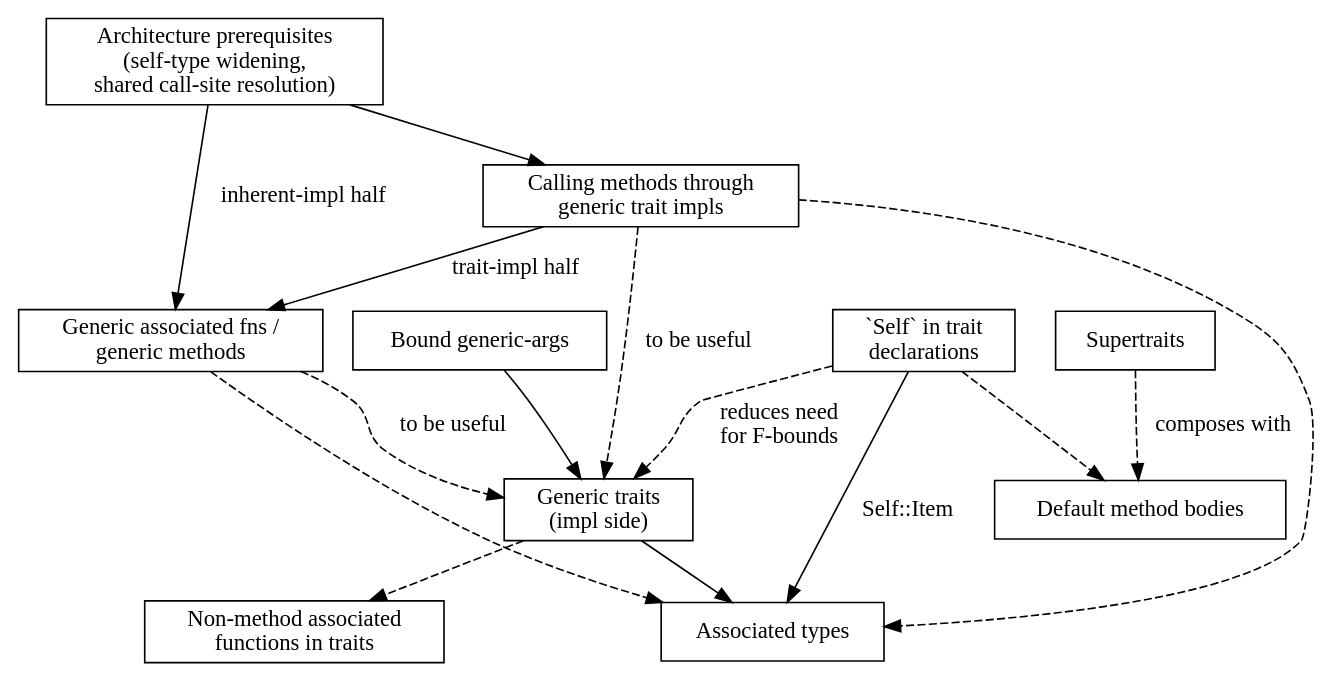
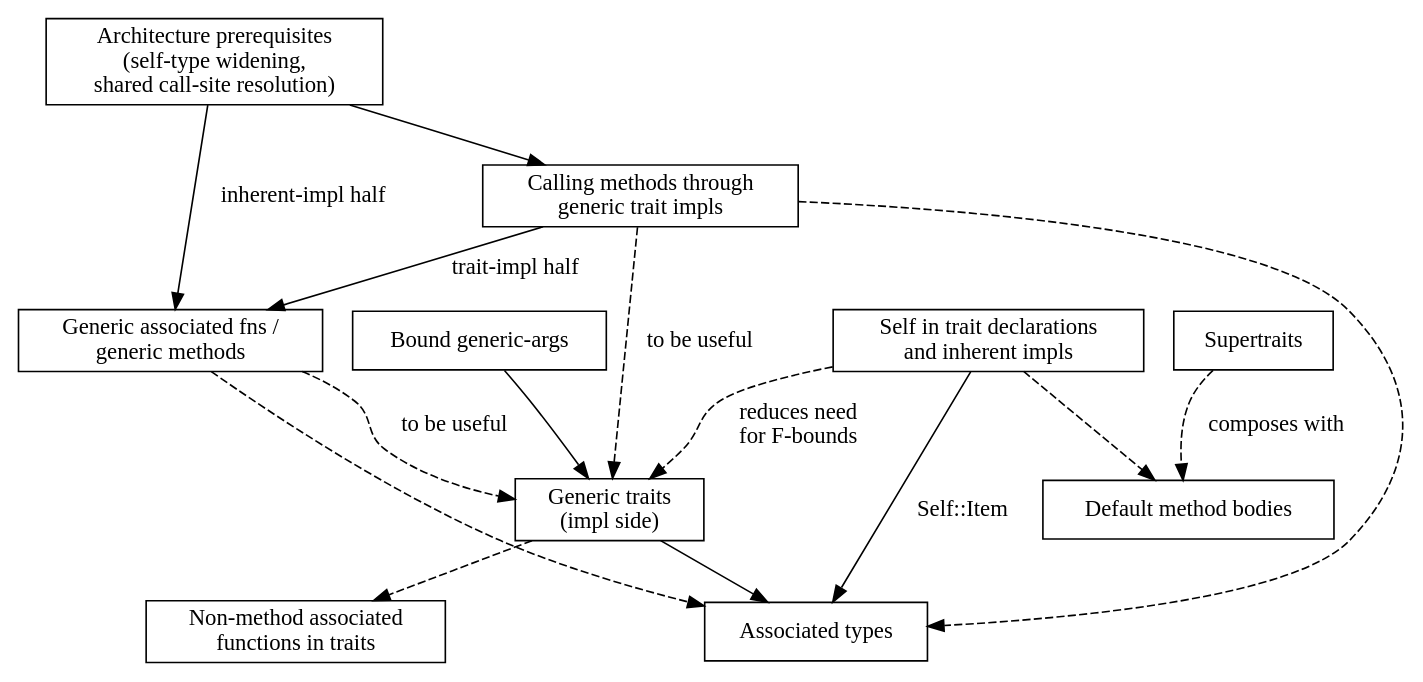
The diagram in docs/superpowers/specs/2026-08-08-generics-traits-gap-assessment-design.md (jonathanhaigh/leech), drawn with Graphviz before and after one commit. The commit also changed other lines of this file and 7 other files, not shown here.

First line of the commit message:
Bind Self in trait declarations and inherent impls

````diff
--- a/docs/superpowers/specs/2026-08-08-generics-traits-gap-assessment-design.md
+++ b/docs/superpowers/specs/2026-08-08-generics-traits-gap-assessment-design.md
@@ -651,32 +686,32 @@
 ```dot
 digraph gaps {
     rankdir=TB;
     node [shape=box];
 
     bound_args [label="Bound generic-args"];
-    self_typ [label="`Self` in trait\ndeclarations"];
+    self_typ [label="Self in trait declarations\nand inherent impls"];
     arch [label="Architecture prerequisites\n(self-type widening,\nshared call-site resolution)"];
     call_generic_impl [label="Calling methods through\ngeneric trait impls"];
     generic_methods [label="Generic associated fns /\ngeneric methods"];
     generic_traits [label="Generic traits\n(impl side)"];
     supertraits [label="Supertraits"];
     default_bodies [label="Default method bodies"];
     nonmethod_assoc [label="Non-method associated\nfunctions in traits"];
     assoc_types [label="Associated types"];
 
     arch -> call_generic_impl;
     call_generic_impl -> generic_methods [label="trait-impl half"];
     arch -> generic_methods [label="inherent-impl half"];
     bound_args -> generic_traits;
     call_generic_impl -> generic_traits [style=dashed, label="to be useful"];
     generic_methods -> generic_traits [style=dashed, label="to be useful"];
     generic_traits -> nonmethod_assoc [style=dashed];
     generic_traits -> assoc_types;
     call_generic_impl -> assoc_types [style=dashed];
     generic_methods -> assoc_types [style=dashed];
     supertraits -> default_bodies [style=dashed, label="composes with"];
     self_typ -> assoc_types [label="Self::Item"];
     self_typ -> default_bodies [style=dashed];
     self_typ -> generic_traits [style=dashed, label="reduces need\nfor F-bounds"];
 }
 ```
````
